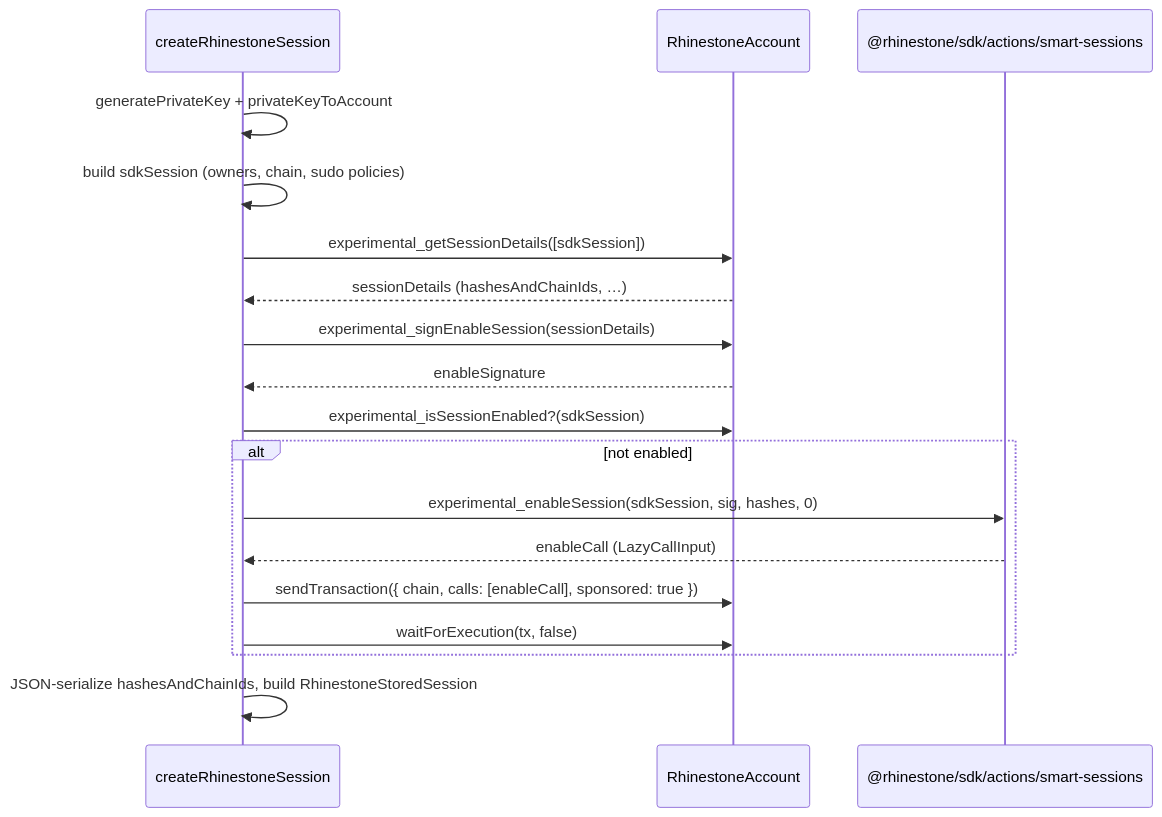
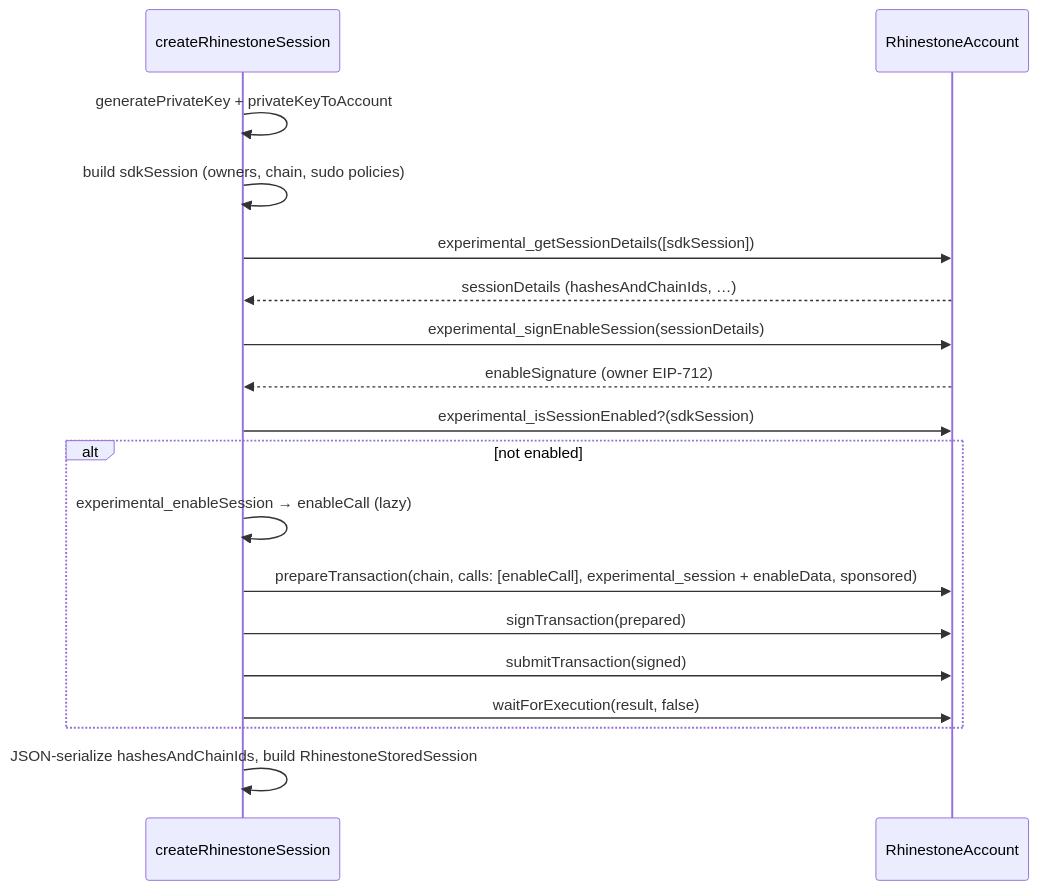
One commit to ensdomains/apps-monorepo changed the second of 3 diagrams in apps/manager/docs/RHINESTONE_SMART_SESSIONS.md. Above: the diagram before and after it, drawn with Mermaid. The commit also changed other lines of this file and 17 other files, not shown here.

First line of the commit message:
chore: upgrade @rhinestone/sdk to version 1.4.2 and add debug configuration for rhinestone-browser (this is for development)

````diff
--- a/apps/manager/docs/RHINESTONE_SMART_SESSIONS.md
+++ b/apps/manager/docs/RHINESTONE_SMART_SESSIONS.md
@@ -106,21 +108,21 @@
 ```mermaid
 sequenceDiagram
   participant App as createRhinestoneSession
   participant Acc as RhinestoneAccount
-  participant SS as @rhinestone/sdk/actions/smart-sessions
 
   App->>App: generatePrivateKey + privateKeyToAccount
   App->>App: build sdkSession (owners, chain, sudo policies)
   App->>Acc: experimental_getSessionDetails([sdkSession])
   Acc-->>App: sessionDetails (hashesAndChainIds, …)
   App->>Acc: experimental_signEnableSession(sessionDetails)
-  Acc-->>App: enableSignature
+  Acc-->>App: enableSignature (owner EIP-712)
   App->>Acc: experimental_isSessionEnabled?(sdkSession)
   alt not enabled
-    App->>SS: experimental_enableSession(sdkSession, sig, hashes, 0)
-    SS-->>App: enableCall (LazyCallInput)
-    App->>Acc: sendTransaction({ chain, calls: [enableCall], sponsored: true })
-    App->>Acc: waitForExecution(tx, false)
+    App->>App: experimental_enableSession → enableCall (lazy)
+    App->>Acc: prepareTransaction(chain, calls: [enableCall], experimental_session + enableData, sponsored)
+    App->>Acc: signTransaction(prepared)
+    App->>Acc: submitTransaction(signed)
+    App->>Acc: waitForExecution(result, false)
   end
   App->>App: JSON-serialize hashesAndChainIds, build RhinestoneStoredSession
 ```
````
